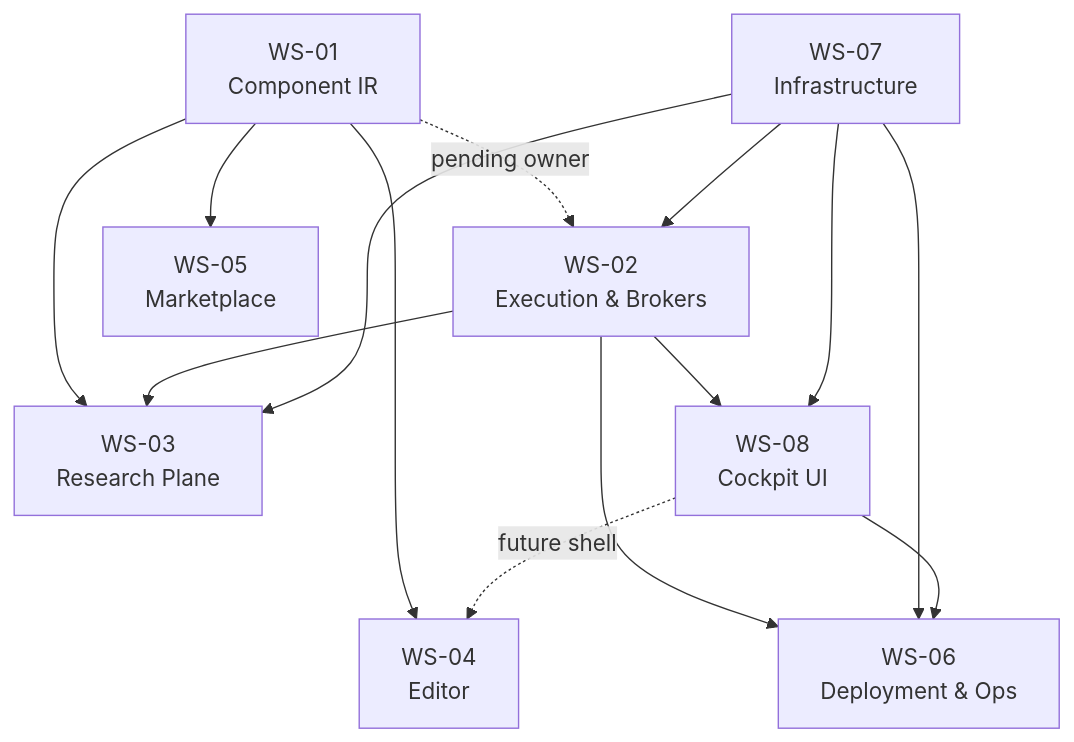
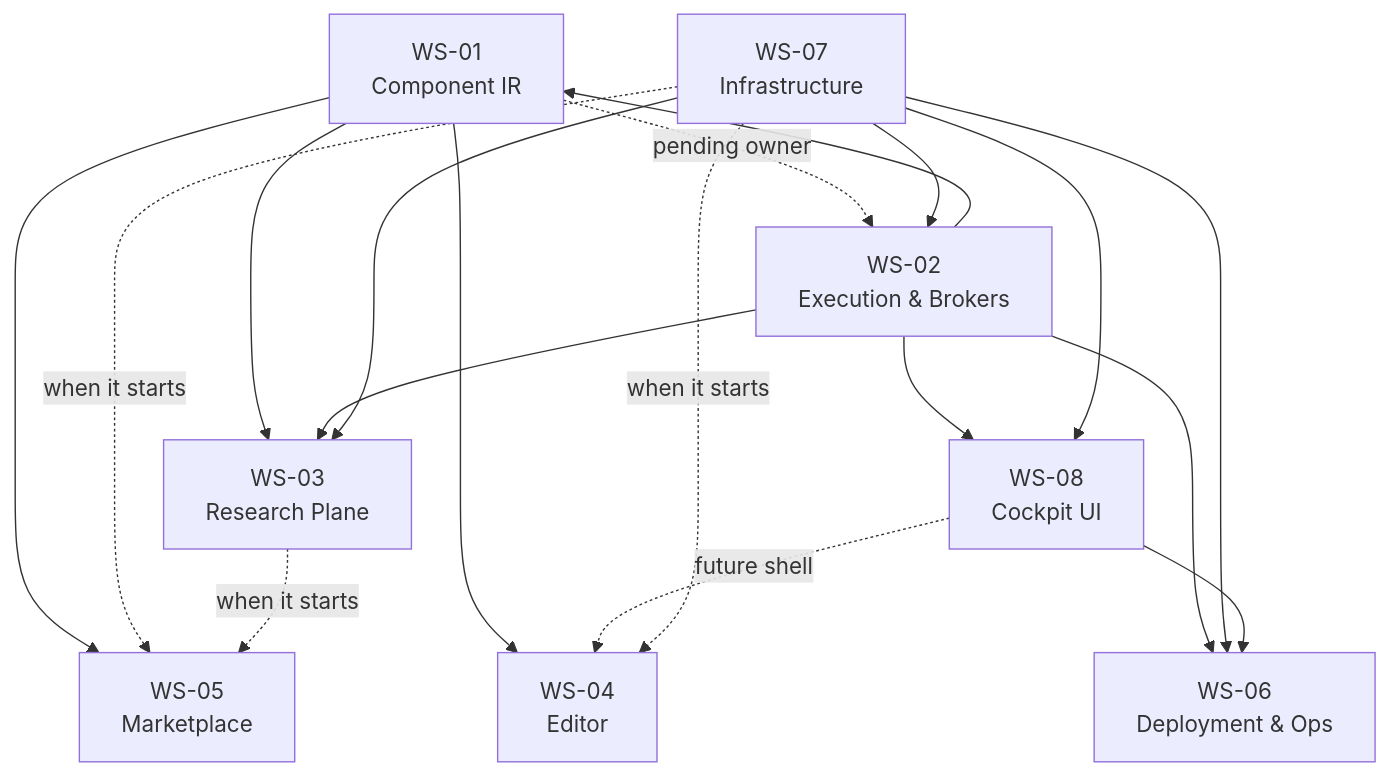
Before and after one commit to priyanshusaraf/options-trading: the diagram in paper-trader/docs/engineering/DEPENDENCIES.md, drawn with Mermaid. The commit also changed other lines of this file and 15 other files, not shown here.

````diff
--- a/paper-trader/docs/engineering/DEPENDENCIES.md
+++ b/paper-trader/docs/engineering/DEPENDENCIES.md
@@ -12,27 +12,31 @@
 ```mermaid
 graph TD
   WS01["WS-01<br/>Component IR"]
   WS02["WS-02<br/>Execution & Brokers"]
   WS03["WS-03<br/>Research Plane"]
   WS04["WS-04<br/>Editor"]
   WS05["WS-05<br/>Marketplace"]
   WS06["WS-06<br/>Deployment & Ops"]
   WS07["WS-07<br/>Infrastructure"]
   WS08["WS-08<br/>Cockpit UI"]
 
   WS01 --> WS03
   WS01 --> WS04
   WS01 --> WS05
   WS01 -.pending owner.-> WS02
   WS02 --> WS03
   WS02 --> WS08
   WS07 --> WS02
   WS07 --> WS03
   WS07 --> WS08
   WS02 --> WS06
   WS07 --> WS06
   WS08 --> WS06
   WS08 -.future shell.-> WS04
+  WS02 --> WS01
+  WS07 -.when it starts.-> WS04
+  WS07 -.when it starts.-> WS05
+  WS03 -.when it starts.-> WS05
 
   classDef blocked stroke-dasharray: 5 5
 ```
````
